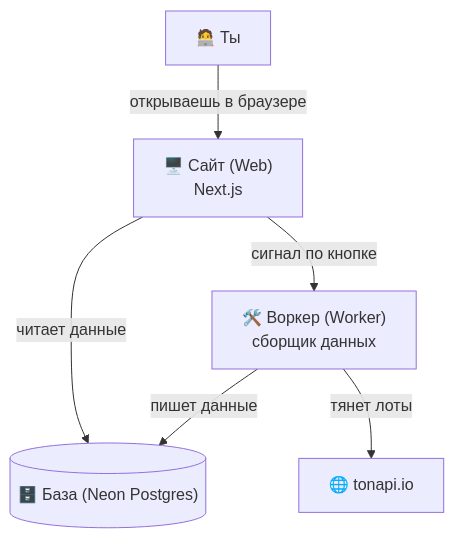
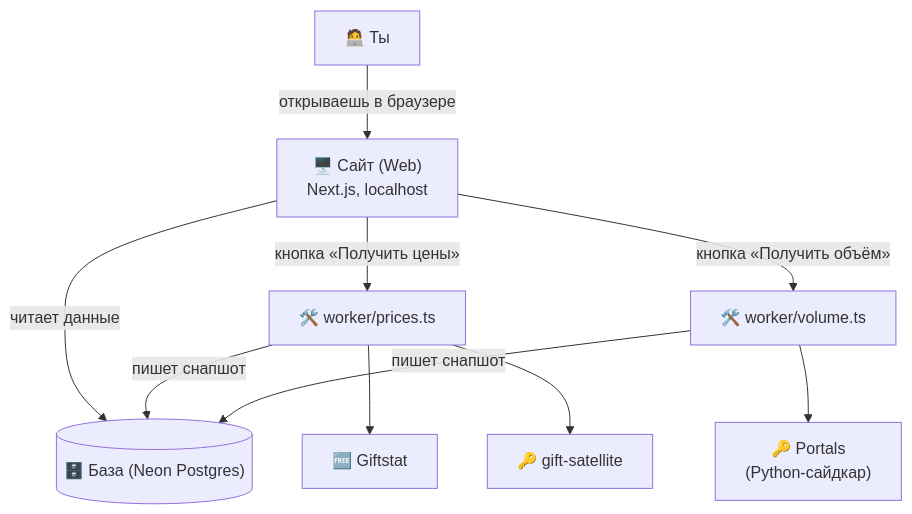
Before and after one commit to plutarh752/pluTON: the second of 2 diagrams in README.md, drawn with Mermaid. The commit also changed other lines of this file and 14 other files, not shown here.

````diff
--- a/README.md
+++ b/README.md
@@ -133,8 +134,12 @@
 ```mermaid
 flowchart TB
-  U["🧑‍💻 Ты"] -->|"открываешь в браузере"| W["🖥️ Сайт (Web)<br/>Next.js"]
-  W -->|"сигнал по кнопке"| K["🛠️ Воркер (Worker)<br/>сборщик данных"]
+  U["🧑‍💻 Ты"] -->|"открываешь в браузере"| W["🖥️ Сайт (Web)<br/>Next.js, localhost"]
+  W -->|"кнопка «Получить цены»"| K1["🛠️ worker/prices.ts"]
+  W -->|"кнопка «Получить объём»"| K2["🛠️ worker/volume.ts"]
   W -->|"читает данные"| DB[("🗄️ База (Neon Postgres)")]
-  K -->|"пишет данные"| DB
-  K -->|"тянет лоты"| T["🌐 tonapi.io"]
+  K1 -->|"пишет снапшот"| DB
+  K2 -->|"пишет снапшот"| DB
+  K1 --> GS["🆓 Giftstat"]
+  K1 --> SAT["🔑 gift-satellite"]
+  K2 --> POR["🔑 Portals<br/>(Python-сайдкар)"]
 ```
````
